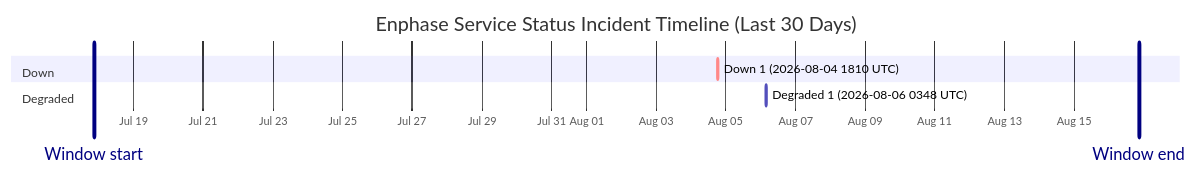
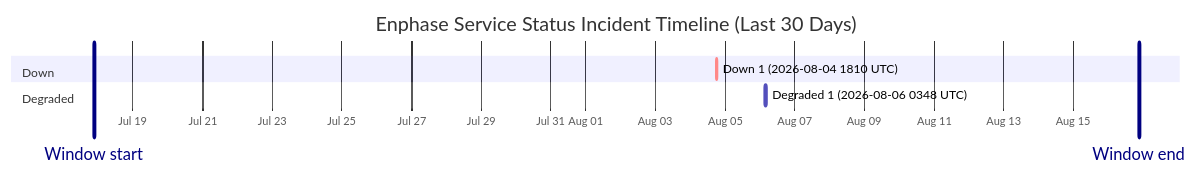
The diagram in wiki/Service-Status-History.md (barneyonline/ha-enphase-energy), drawn with Mermaid before and after one commit. The commit also changed other lines of this file and 3 other files, not shown here.

````diff
--- a/wiki/Service-Status-History.md
+++ b/wiki/Service-Status-History.md
@@ -14,12 +14,12 @@
 ```mermaid
 gantt
     title Enphase Service Status Incident Timeline (Last 30 Days)
     dateFormat  YYYY-MM-DDTHH:mm:ss
     axisFormat  %b %d
-    Window start :vert, window-start, 2026-07-17T20:46:41, 0ms
-    Window end :vert, window-end, 2026-08-16T20:46:41, 0ms
+    Window start :vert, window-start, 2026-07-17T21:17:54, 0ms
+    Window end :vert, window-end, 2026-08-16T21:17:54, 0ms
     section Down
     Down 1 (2026-08-04 1810 UTC) :crit, down-1, 2026-08-04T18:10:46, 60m
     section Degraded
     Degraded 1 (2026-08-06 0348 UTC) :active, degraded-1, 2026-08-06T03:48:14, 60m
 ```
````
